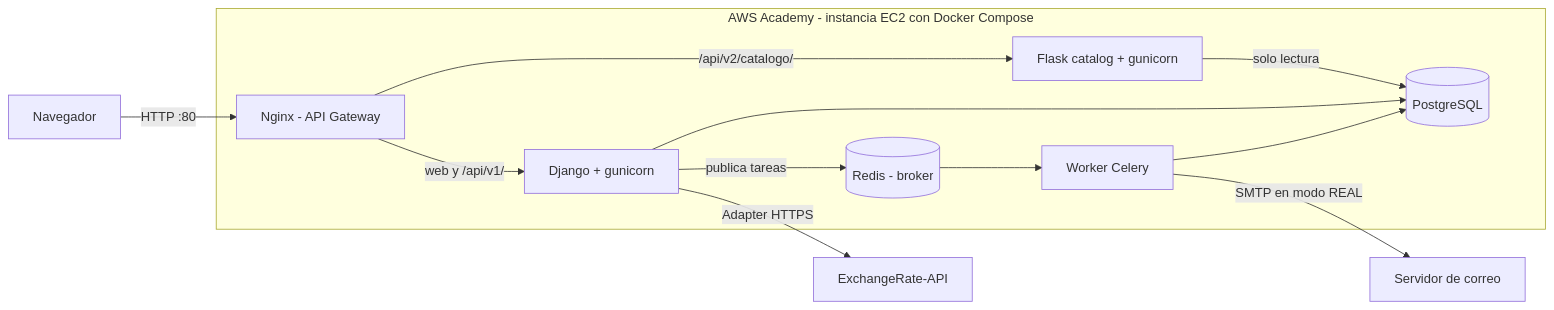
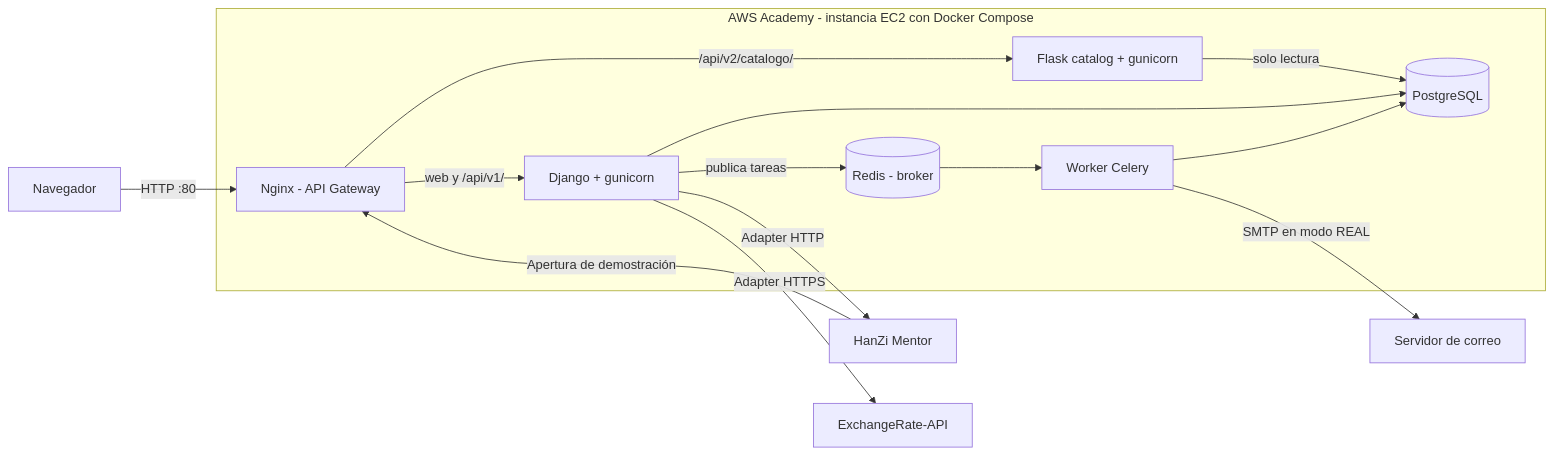
Before and after one commit to jrestrepoc/VaultDrop: the diagram in docs/arquitectura-entrega-2.md, drawn with Mermaid. The commit also changed other lines of this file and 21 other files, not shown here.

Commit message:
Integra VaultDrop con HanZi Mentor

````diff
--- a/docs/arquitectura-entrega-2.md
+++ b/docs/arquitectura-entrega-2.md
@@ -7,24 +7,26 @@
 ```mermaid
 flowchart LR
     U[Navegador] -->|HTTP :80| N
 
     subgraph EC2[AWS Academy - instancia EC2 con Docker Compose]
         N[Nginx - API Gateway]
         D[Django + gunicorn]
         F[Flask catalog + gunicorn]
         P[(PostgreSQL)]
         R[(Redis - broker)]
         W[Worker Celery]
 
         N -->|/api/v2/catalogo/| F
         N -->|web y /api/v1/| D
         D --> P
         F -->|solo lectura| P
         D -->|publica tareas| R
         R --> W
         W --> P
     end
 
+    D -->|Adapter HTTP| H[HanZi Mentor]
+    H -->|Apertura de demostración| N
     D -->|Adapter HTTPS| X[ExchangeRate-API]
     W -->|SMTP en modo REAL| M[Servidor de correo]
 ```
````
